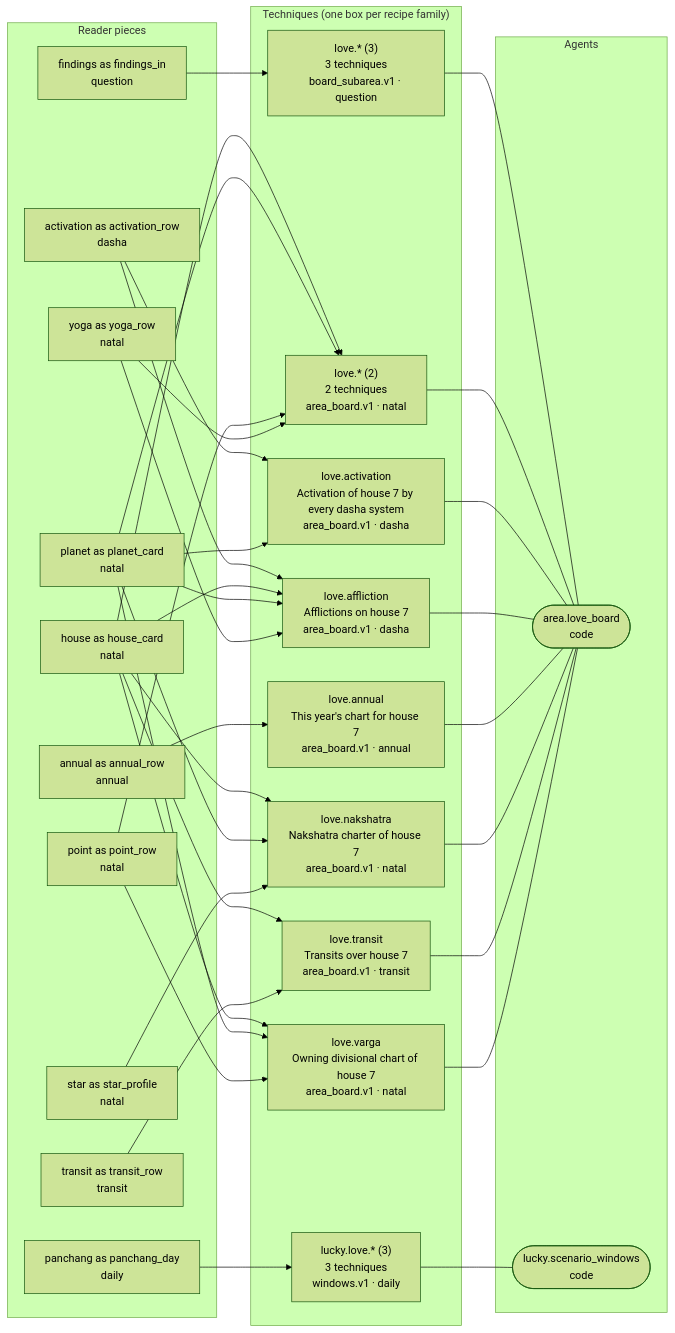
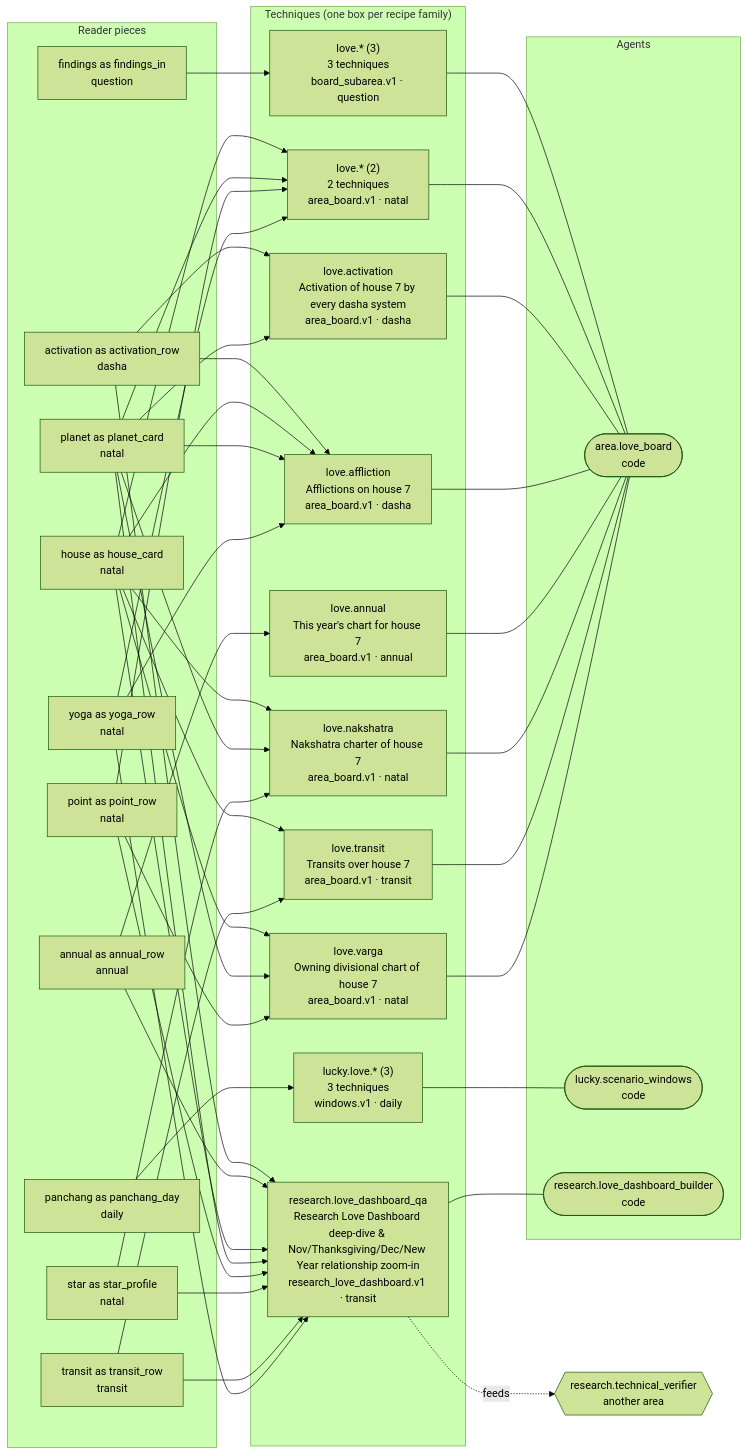
One commit to sachinm/AIAstraServer changed the fifth of 6 diagrams in docs/admin/07-technique-pieces-and-agents.md. Above: the diagram before and after it, drawn with Mermaid (forest theme). The commit also changed other lines of this file and 21 other files, not shown here.

Commit message:
feat(self,research): add 3-decade character arc & Moon/Mercury joy techniques, Love/Work research lab, HouseCardFilter vocab & Claude handoff

````diff
--- a/docs/admin/07-technique-pieces-and-agents.md
+++ b/docs/admin/07-technique-pieces-and-agents.md
@@ -522,60 +541,73 @@
 ```mermaid
 flowchart LR
   subgraph R["Reader pieces"]
     r_reader_activation_activation_row["activation as activation_row<br/>dasha"]
     r_reader_annual_annual_row["annual as annual_row<br/>annual"]
     r_reader_findings_findings_in["findings as findings_in<br/>question"]
     r_reader_house_house_card["house as house_card<br/>natal"]
     r_reader_panchang_panchang_day["panchang as panchang_day<br/>daily"]
     r_reader_planet_planet_card["planet as planet_card<br/>natal"]
     r_reader_point_point_row["point as point_row<br/>natal"]
     r_reader_star_star_profile["star as star_profile<br/>natal"]
     r_reader_transit_transit_row["transit as transit_row<br/>transit"]
     r_reader_yoga_yoga_row["yoga as yoga_row<br/>natal"]
   end
   subgraph T["Techniques (one box per recipe family)"]
     f_love_3["love.* (3)<br/>3 techniques<br/>board_subarea.v1 · question"]
     f_lucky_love_3["lucky.love.* (3)<br/>3 techniques<br/>windows.v1 · daily"]
     f_love_2["love.* (2)<br/>2 techniques<br/>area_board.v1 · natal"]
     f_love_activation["love.activation<br/>Activation of house 7 by every dasha system<br/>area_board.v1 · dasha"]
     f_love_affliction["love.affliction<br/>Afflictions on house 7<br/>area_board.v1 · dasha"]
     f_love_annual["love.annual<br/>This year's chart for house 7<br/>area_board.v1 · annual"]
     f_love_nakshatra["love.nakshatra<br/>Nakshatra charter of house 7<br/>area_board.v1 · natal"]
     f_love_transit["love.transit<br/>Transits over house 7<br/>area_board.v1 · transit"]
     f_love_varga["love.varga<br/>Owning divisional chart of house 7<br/>area_board.v1 · natal"]
+    f_research_love_dashboard_qa["research.love_dashboard_qa<br/>Research Love Dashboard deep-dive & Nov/Thanksgiving/Dec/New Year relationship zoom-in<br/>research_love_dashboard.v1 · transit"]
   end
   subgraph A["Agents"]
     a_agent_area_love_board(["area.love_board<br/>code"])
     a_agent_lucky_scenario_windows(["lucky.scenario_windows<br/>code"])
+    a_agent_research_love_dashboard_builder(["research.love_dashboard_builder<br/>code"])
   end
   r_reader_findings_findings_in --> f_love_3
   f_love_3 --- a_agent_area_love_board
   r_reader_panchang_panchang_day --> f_lucky_love_3
   f_lucky_love_3 --- a_agent_lucky_scenario_windows
   r_reader_house_house_card --> f_love_2
   r_reader_planet_planet_card --> f_love_2
   r_reader_point_point_row --> f_love_2
   r_reader_yoga_yoga_row --> f_love_2
   f_love_2 --- a_agent_area_love_board
   r_reader_activation_activation_row --> f_love_activation
   r_reader_planet_planet_card --> f_love_activation
   f_love_activation --- a_agent_area_love_board
   r_reader_activation_activation_row --> f_love_affliction
   r_reader_house_house_card --> f_love_affliction
   r_reader_planet_planet_card --> f_love_affliction
   r_reader_yoga_yoga_row --> f_love_affliction
   f_love_affliction --- a_agent_area_love_board
   r_reader_annual_annual_row --> f_love_annual
   f_love_annual --- a_agent_area_love_board
   r_reader_house_house_card --> f_love_nakshatra
   r_reader_planet_planet_card --> f_love_nakshatra
   r_reader_star_star_profile --> f_love_nakshatra
   f_love_nakshatra --- a_agent_area_love_board
   r_reader_house_house_card --> f_love_transit
   r_reader_transit_transit_row --> f_love_transit
   f_love_transit --- a_agent_area_love_board
   r_reader_house_house_card --> f_love_varga
   r_reader_planet_planet_card --> f_love_varga
   r_reader_point_point_row --> f_love_varga
   f_love_varga --- a_agent_area_love_board
+  r_reader_activation_activation_row --> f_research_love_dashboard_qa
+  r_reader_annual_annual_row --> f_research_love_dashboard_qa
+  r_reader_house_house_card --> f_research_love_dashboard_qa
+  r_reader_planet_planet_card --> f_research_love_dashboard_qa
+  r_reader_point_point_row --> f_research_love_dashboard_qa
+  r_reader_star_star_profile --> f_research_love_dashboard_qa
+  r_reader_transit_transit_row --> f_research_love_dashboard_qa
+  r_reader_yoga_yoga_row --> f_research_love_dashboard_qa
+  f_research_love_dashboard_qa --- a_agent_research_love_dashboard_builder
+  x_research_technical_verifier{{"research.technical_verifier<br/>another area"}}
+  f_research_love_dashboard_qa -. feeds .-> x_research_technical_verifier
 ```
````
